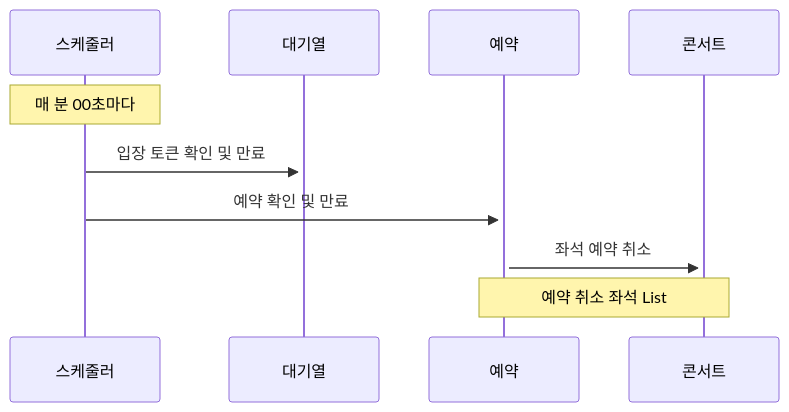
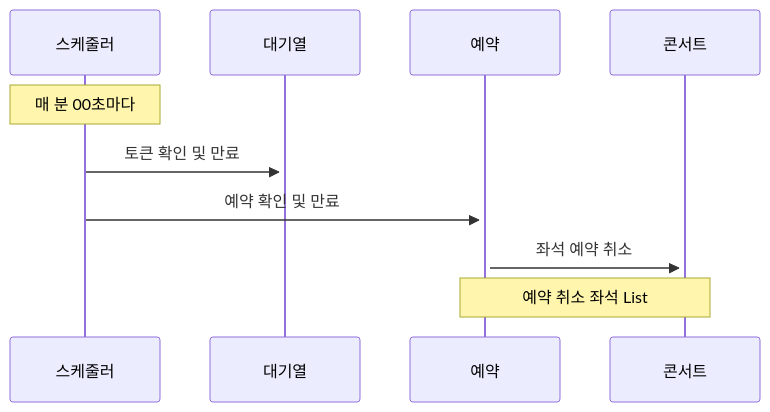
One commit to YoungWonBackendStudy/HHPlus-Concert-Reservation changed the ninth of 13 diagrams in README.md. Above: the diagram before and after it, drawn with Mermaid. The commit also changed other lines of this file, not shown here.

````diff
--- a/README.md
+++ b/README.md
@@ -156,9 +153,9 @@
 ```mermaid
 sequenceDiagram
 
 Note over 스케줄러: 매 분 00초마다
-스케줄러 ->>+ 대기열: 입장 토큰 확인 및 만료
+스케줄러 ->>+ 대기열: 토큰 확인 및 만료
 스케줄러 ->>+ 예약: 예약 확인 및 만료
 예약 ->>+ 콘서트: 좌석 예약 취소
 Note over 예약, 콘서트: 예약 취소 좌석 List
 ```
````
